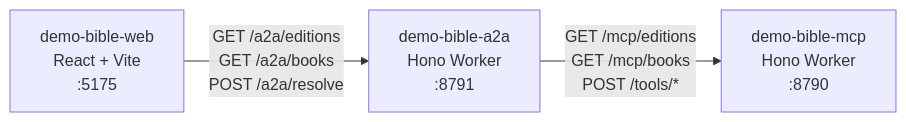
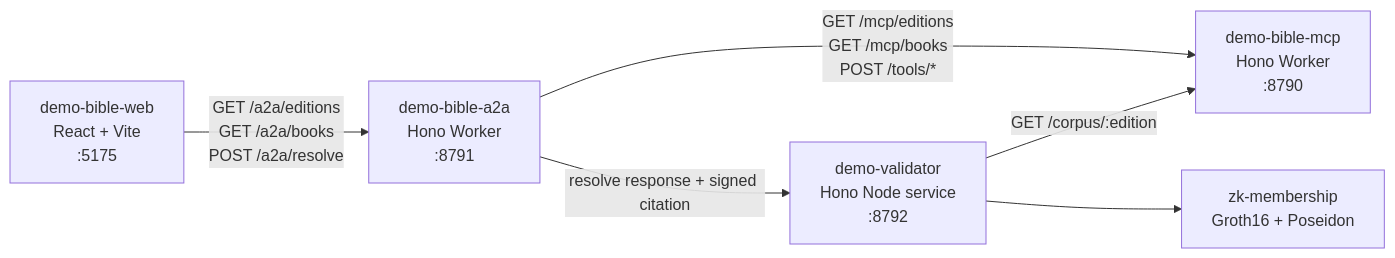
One commit to rpedersen3/verifiable-content-demo changed the diagram in documents/README.md. Above: the diagram before and after it, drawn with Mermaid. The commit also changed other lines of this file and 9 other files, not shown here.

````diff
--- a/documents/README.md
+++ b/documents/README.md
@@ -14,9 +14,14 @@
 ```mermaid
 flowchart LR
   Web["demo-bible-web\nReact + Vite\n:5175"]
   A2A["demo-bible-a2a\nHono Worker\n:8791"]
   MCP["demo-bible-mcp\nHono Worker\n:8790"]
+  Validator["demo-validator\nHono Node service\n:8792"]
+  ZK["zk-membership\nGroth16 + Poseidon"]
 
   Web -->|"GET /a2a/editions\nGET /a2a/books\nPOST /a2a/resolve"| A2A
   A2A -->|"GET /mcp/editions\nGET /mcp/books\nPOST /tools/*"| MCP
+  A2A -->|"resolve response + signed citation"| Validator
+  Validator -->|"GET /corpus/:edition"| MCP
+  Validator --> ZK
 ```
````
